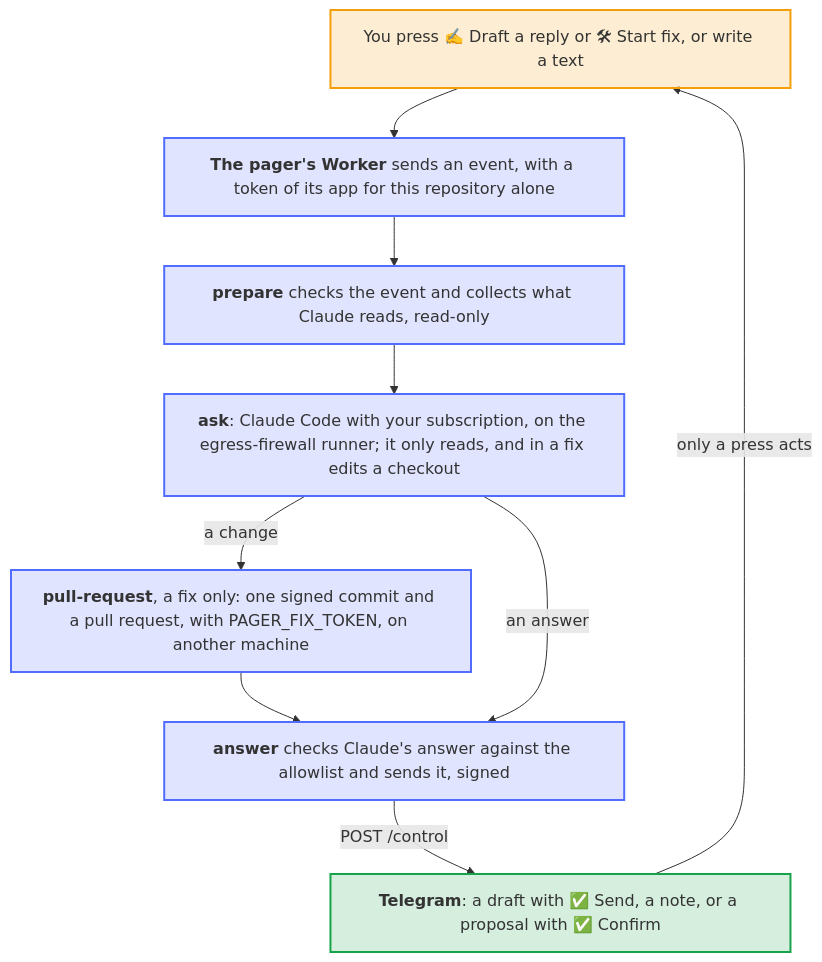
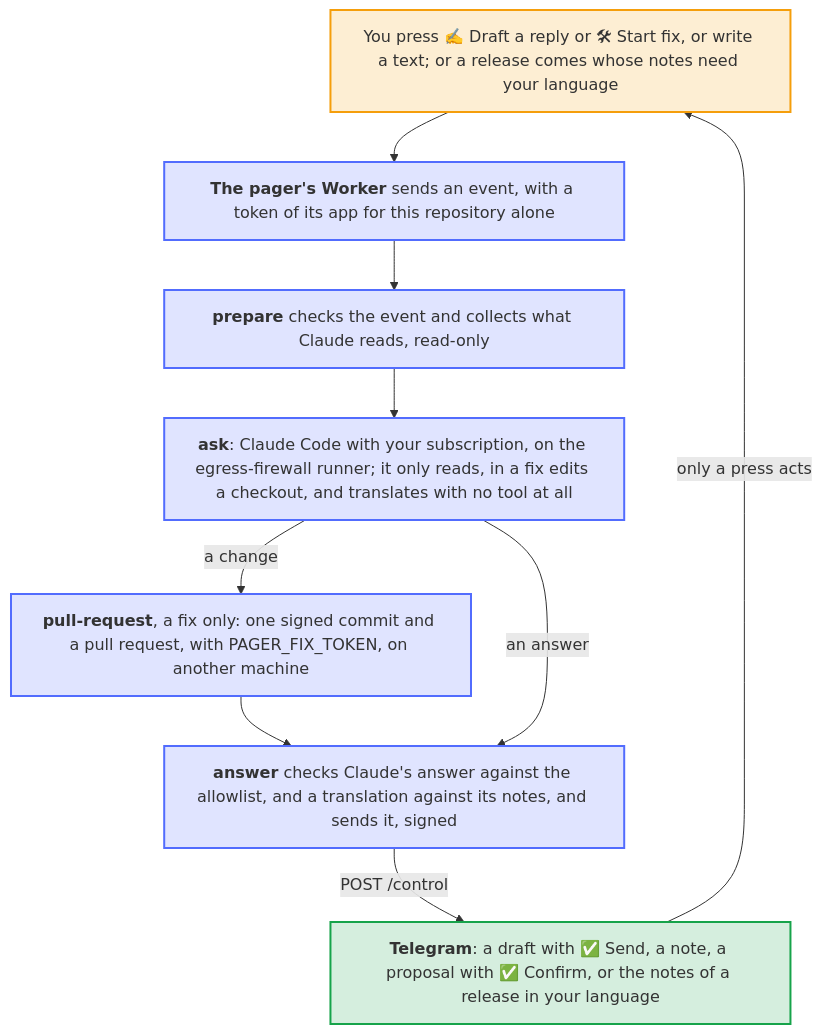
Before and after one commit to Dennis-Otto/repo-pager-control-template: the diagram in docs/diagrams/how-a-job-runs.mmd, drawn with Mermaid. The commit also changed 19 other files, not shown here.

First line of the commit message:
feat: the control repository translates the notes of a release for the pager (#3)

```diff
--- a/docs/diagrams/how-a-job-runs.mmd
+++ b/docs/diagrams/how-a-job-runs.mmd
@@ -1,29 +1,29 @@
 ---
 config:
   flowchart:
     wrappingWidth: 400
 ---
 flowchart TB
     accTitle: How a job of the pager runs
-    accDescr: You press Draft a reply or Start fix, or write a text, and the pager's Worker sends an event to this private repository. The job prepare checks the event and collects what Claude reads, with the read-only token of the workflow. The job ask runs Claude Code with your subscription on the egress-firewall runner; Claude only reads, and in a fix edits a checkout. For a fix with a change, the job pull-request opens a pull request with PAGER_FIX_TOKEN, on another machine. The job answer checks Claude's answer against the allowlist and sends it to the Worker, signed. The Worker shows it in Telegram: a draft with Send, a note, or a proposal with one Confirm button, which acts only when you press it.
+    accDescr: You press Draft a reply or Start fix, or write a text, or a release comes whose notes need your language, and the pager's Worker sends an event to this private repository. The job prepare checks the event and collects what Claude reads, with the read-only token of the workflow. The job ask runs Claude Code with your subscription on the egress-firewall runner; Claude only reads, in a fix edits a checkout, and translates with no tool at all. For a fix with a change, the job pull-request opens a pull request with PAGER_FIX_TOKEN, on another machine. The job answer checks Claude's answer against the allowlist, and a translation against its notes, and sends it to the Worker, signed. The Worker shows it in Telegram: a draft with Send, a note, a proposal with one Confirm button, which acts only when you press it, or the notes of a release in your language.
 
-    you["You press ✍️ Draft a reply or 🛠 Start fix, or write a text"]
+    you["You press ✍️ Draft a reply or 🛠 Start fix, or write a text; or a release comes whose notes need your language"]
     worker["`**The pager's Worker** sends an event, with a token of its app for this repository alone`"]
     prepare["`**prepare** checks the event and collects what Claude reads, read-only`"]
-    ask["`**ask**: Claude Code with your subscription, on the egress-firewall runner; it only reads, and in a fix edits a checkout`"]
+    ask["`**ask**: Claude Code with your subscription, on the egress-firewall runner; it only reads, in a fix edits a checkout, and translates with no tool at all`"]
     pull["`**pull-request**, a fix only: one signed commit and a pull request, with PAGER_FIX_TOKEN, on another machine`"]
-    answer["`**answer** checks Claude's answer against the allowlist and sends it, signed`"]
-    telegram["`**Telegram**: a draft with ✅ Send, a note, or a proposal with ✅ Confirm`"]
+    answer["`**answer** checks Claude's answer against the allowlist, and a translation against its notes, and sends it, signed`"]
+    telegram["`**Telegram**: a draft with ✅ Send, a note, a proposal with ✅ Confirm, or the notes of a release in your language`"]
 
     you --> worker --> prepare --> ask
     ask -- "a change" --> pull --> answer
     ask -- "an answer" --> answer
     answer -- "POST /control" --> telegram
     telegram -- "only a press acts" --> you
 
     classDef you fill:#f59e0b2e,stroke:#f59e0b,stroke-width:2px
     classDef bot fill:#526cfe2e,stroke:#526cfe,stroke-width:2px
     classDef done fill:#16a34a2e,stroke:#16a34a,stroke-width:2px
     class you you
     class worker,prepare,ask,pull,answer bot
     class telegram done
```
